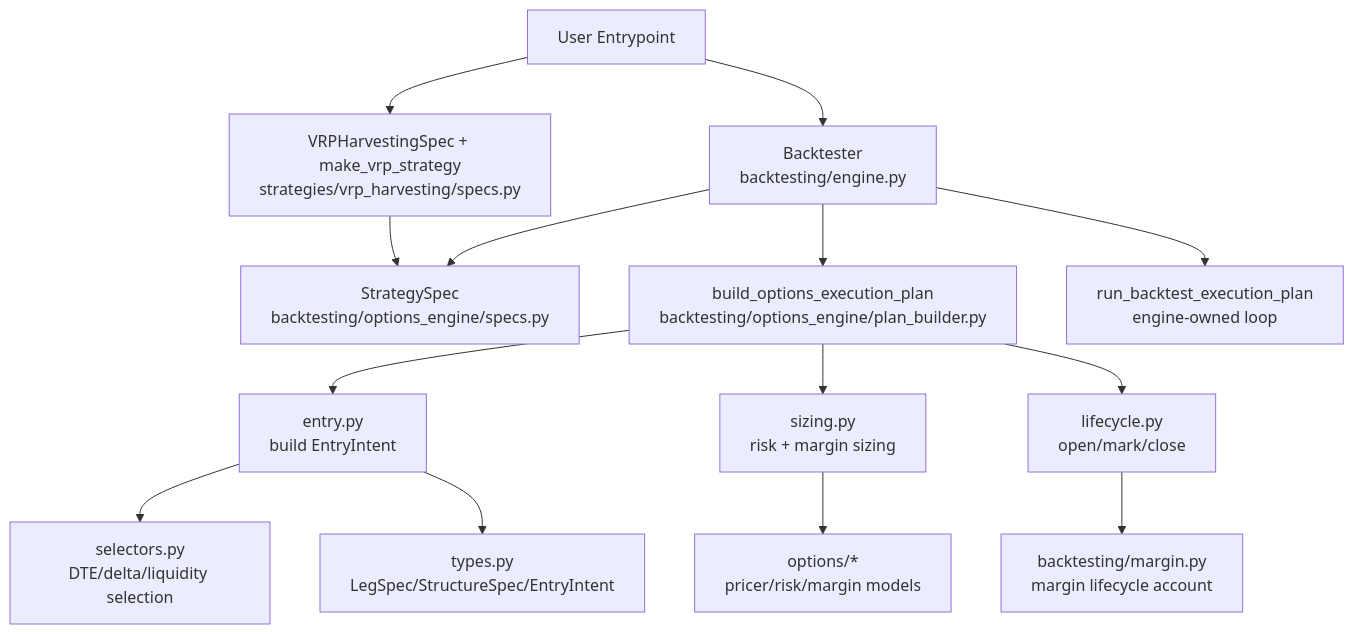
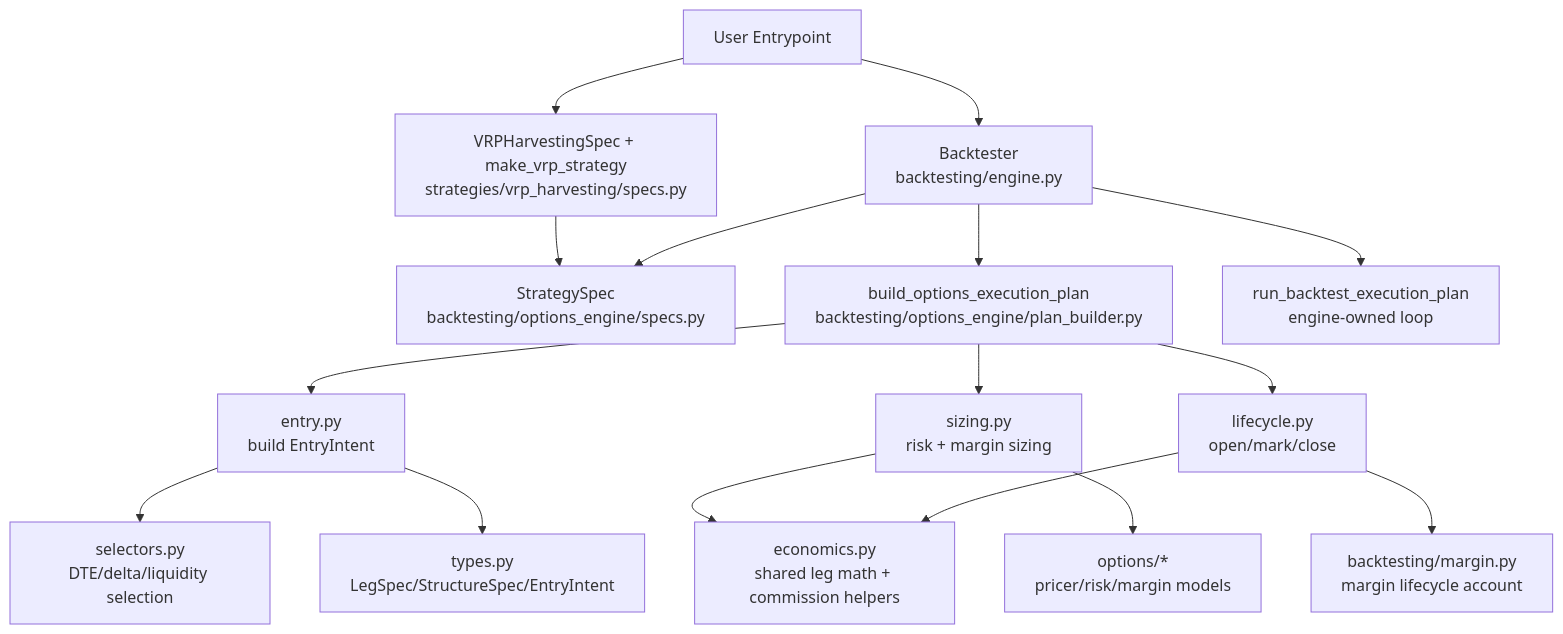
One commit to anthonymakarewicz/volatility-trading changed the first of 3 diagrams in docs/reference/options_backtesting_architecture_overview.md. Above: the diagram before and after it, drawn with Mermaid. The commit also changed other lines of this file and 7 other files, not shown here.

Commit message:
refactor(backtesting): centralize leg math and commission helpers

````diff
--- a/docs/reference/options_backtesting_architecture_overview.md
+++ b/docs/reference/options_backtesting_architecture_overview.md
@@ -27,17 +27,19 @@
 ```mermaid
 flowchart TD
     A[User Entrypoint] --> B[Backtester<br/>backtesting/engine.py]
     A --> C[VRPHarvestingSpec + make_vrp_strategy<br/>strategies/vrp_harvesting/specs.py]
     C --> D[StrategySpec<br/>backtesting/options_engine/specs.py]
     B --> D
     B --> E[build_options_execution_plan<br/>backtesting/options_engine/plan_builder.py]
     E --> F[entry.py<br/>build EntryIntent]
     E --> G[sizing.py<br/>risk + margin sizing]
     E --> H[lifecycle.py<br/>open/mark/close]
     B --> I[run_backtest_execution_plan<br/>engine-owned loop]
 
     F --> J[selectors.py<br/>DTE/delta/liquidity selection]
     F --> K[types.py<br/>LegSpec/StructureSpec/EntryIntent]
+    G --> N[economics.py<br/>shared leg math + commission helpers]
+    H --> N
     G --> L[options/*<br/>pricer/risk/margin models]
     H --> M[backtesting/margin.py<br/>margin lifecycle account]
 ```
````
